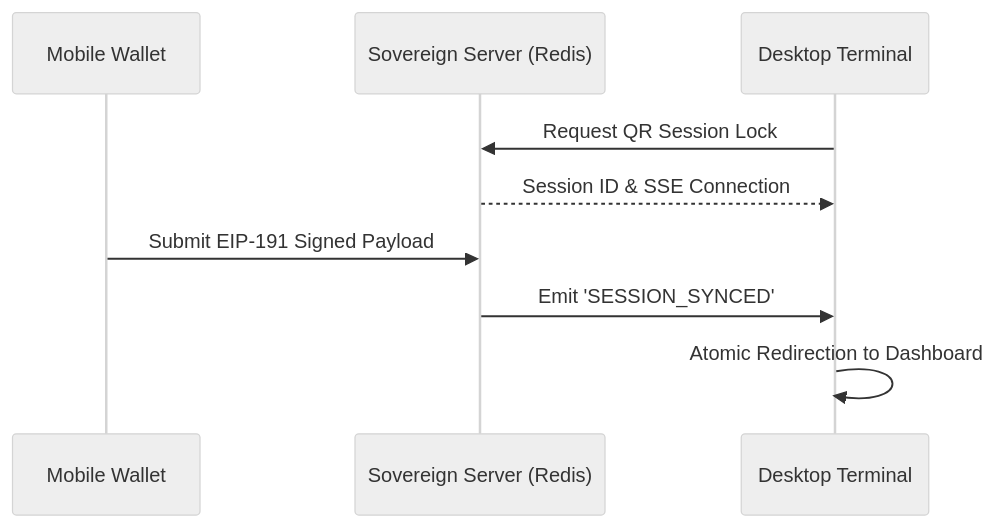
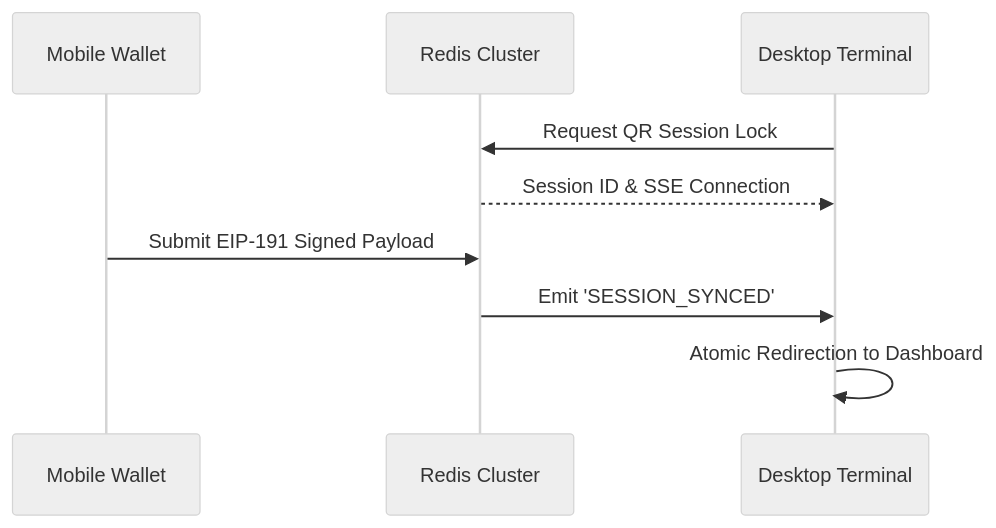
Before and after one commit to atfortyseven-creations/whalecosystem: the sixth of 30 diagrams in README.md, drawn with Mermaid (neutral theme). The commit also changed other lines of this file and 3 other files, not shown here.

````diff
--- a/README.md
+++ b/README.md
@@ -79,11 +142,11 @@
 ```mermaid
 sequenceDiagram
     participant Mobile Wallet
-    participant Sovereign Server (Redis)
+    participant Redis Cluster
     participant Desktop Terminal
-    Desktop Terminal->>Sovereign Server (Redis): Request QR Session Lock
-    Sovereign Server (Redis)-->>Desktop Terminal: Session ID & SSE Connection
-    Mobile Wallet->>Sovereign Server (Redis): Submit EIP-191 Signed Payload
-    Sovereign Server (Redis)->>Desktop Terminal: Emit 'SESSION_SYNCED'
+    Desktop Terminal->>Redis Cluster: Request QR Session Lock
+    Redis Cluster-->>Desktop Terminal: Session ID & SSE Connection
+    Mobile Wallet->>Redis Cluster: Submit EIP-191 Signed Payload
+    Redis Cluster->>Desktop Terminal: Emit 'SESSION_SYNCED'
     Desktop Terminal->>Desktop Terminal: Atomic Redirection to Dashboard
 ```
````
